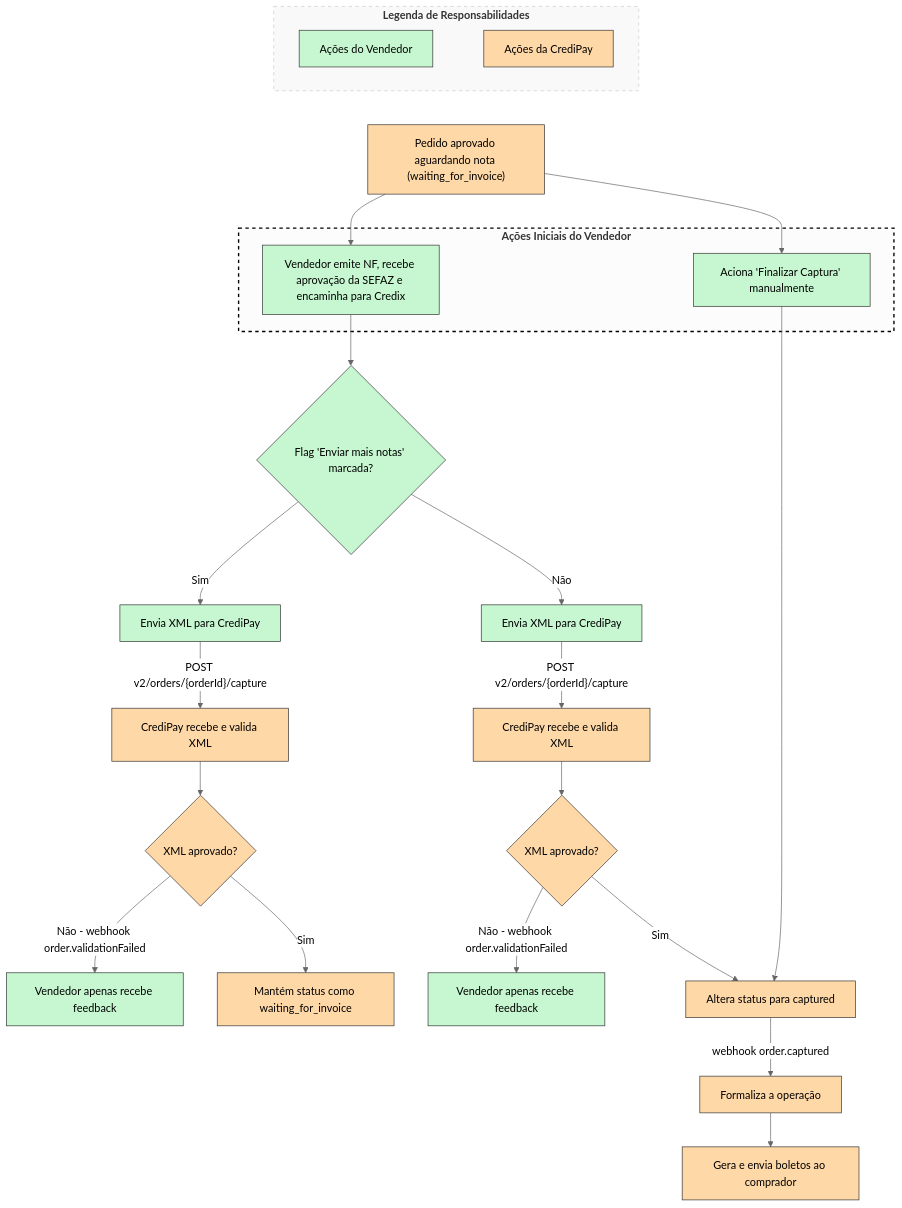
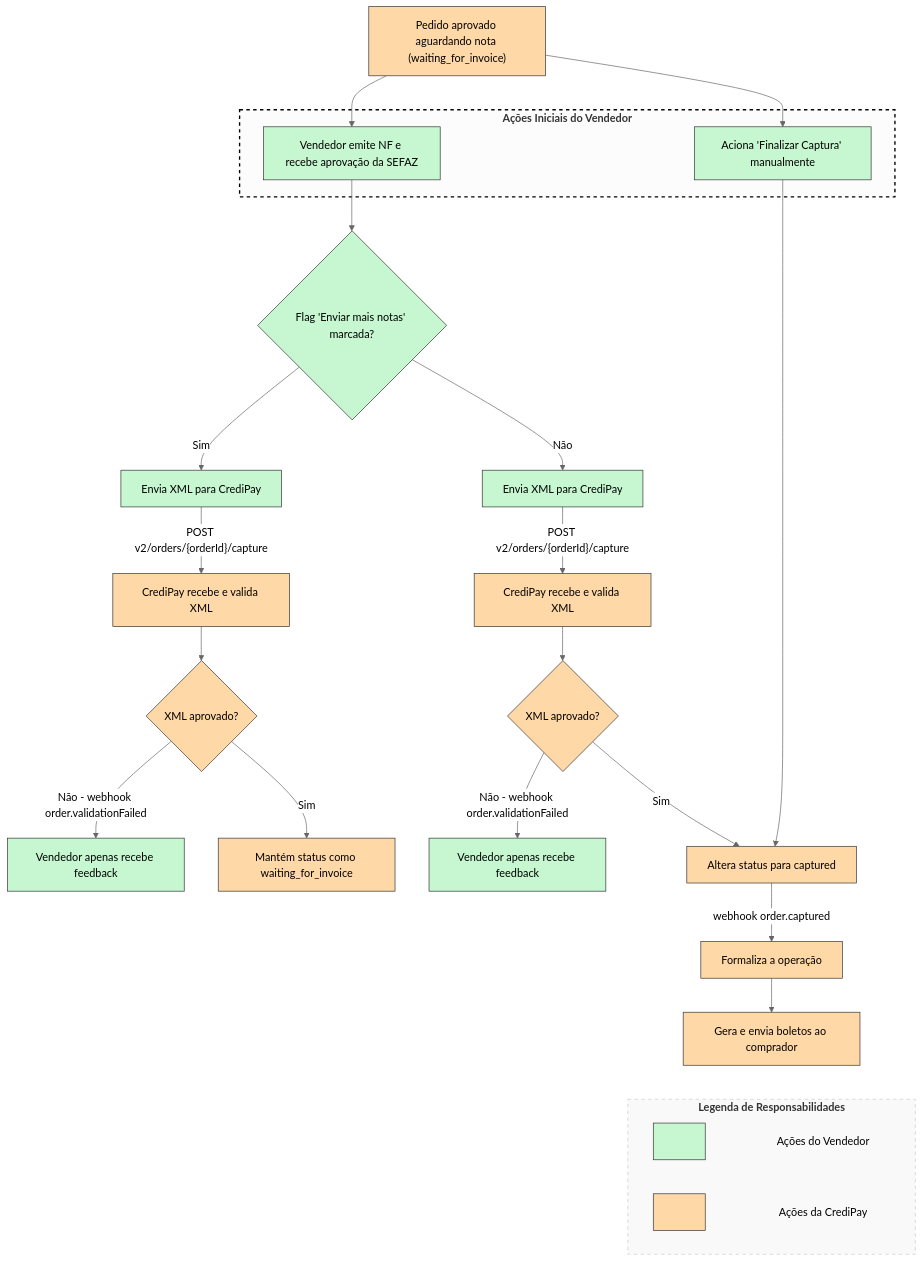
Before and after one commit to credix-finance/credipay-rdme-docs: the diagram in docs/INTEGRAÇÃO COMPLETA/módulos-de-integração-1/adicional-múltiplas-notas-fiscais-por-pedido.md, drawn with Mermaid (neutral theme).

Commit message:
Update doc `adicional-múltiplas-notas-fiscais-por-pedido`

````diff
--- a/docs/INTEGRAÇÃO COMPLETA/módulos-de-integração-1/adicional-múltiplas-notas-fiscais-por-pedido.md
+++ b/docs/INTEGRAÇÃO COMPLETA/módulos-de-integração-1/adicional-múltiplas-notas-fiscais-por-pedido.md
@@ -10,77 +10,73 @@
 ```mermaid
 flowchart TD
-   
     %% Início do Fluxo
     n1["Pedido aprovado aguardando nota (waiting_for_invoice)"]
 
     subgraph s1["<b>Ações Iniciais do Vendedor</b>"]
-        n2["Vendedor emite NF, recebe aprovação da SEFAZ e encaminha para Credix"]
+        n2["Vendedor emite NF e recebe aprovação da SEFAZ"]
         n10["Aciona 'Finalizar Captura' manualmente"]
     end
 
     n1 --> n2
     n1 --> n10
 
     %% Validação da Flag
     n2 --> n7{"Flag 'Enviar mais notas' marcada?"}
 
     %% Caminho SIM: Mantém em waiting_for_invoice
     n7 -- "Sim" --> n3a["Envia XML para CrediPay"]
     n3a -- POST v2/orders/{orderId}/capture --> n4a["CrediPay recebe e valida XML"]
     n4a --> n5a{"XML aprovado?"}
     n5a -- "Não - webhook order.validationFailed" --> n6a["Vendedor apenas recebe feedback"]
     n5a -- "Sim" --> n8["Mantém status como waiting_for_invoice"]
     
     %% Caminho NÃO: Segue para finalização
     n7 -- "Não" --> n3b["Envia XML para CrediPay"]
     n3b -- POST v2/orders/{orderId}/capture --> n4b["CrediPay recebe e valida XML"]
     n4b --> n5b{"XML aprovado?"}
     n5b -- "Não - webhook order.validationFailed" --> n6b["Vendedor apenas recebe feedback"]
     n5b -- "Sim" --> n11["Altera status para captured"]
 
-    %% Caminho do Botão Manual (vai direto pro final pelo canto)
+    %% Caminho do Botão Manual 
     n10 --> n11
 
     %% Conclusão do Pedido
     n11 -- "webhook order.captured" --> n12["Formaliza a operação"]
     n12 --> n13["Gera e envia boletos ao comprador"]
+
+    %% Bloco de Legenda (Agora no final)
+    subgraph Legenda ["<b>Legenda de Responsabilidades</b>"]
+        direction LR
+        boxVendedor["&nbsp;&nbsp;&nbsp;&nbsp;"]:::vendedor ~~~ textVendedor["Ações do Vendedor"]:::textoLegenda
+        boxCredipay["&nbsp;&nbsp;&nbsp;&nbsp;"]:::credipay ~~~ textCredipay["Ações da CrediPay"]:::textoLegenda
+    end
+
+    %% Força a legenda a ficar na parte inferior do fluxo sem exibir uma linha
+    n13 ~~~ boxVendedor
 
     %% Estilização e Cores
     n1:::credipay
     n2:::vendedor
     n10:::vendedor
     n7:::vendedor
     n3a:::vendedor
     n4a:::credipay
     n5a:::credipay
     n8:::credipay
     n3b:::vendedor
     n4b:::credipay
     n5b:::credipay
     n6a:::vendedor
     n6b:::vendedor
     n11:::credipay
     n12:::credipay
     n13:::credipay
-    
-    %% Aplicando as cores da legenda
-    L1:::vendedor
-    L2:::credipay
 
+    %% Definições de Classes Visuais
     classDef vendedor fill:#C6F7D0,stroke:#333,stroke-width:1px,color:#000;
-    classDef comprador fill:#C6F7D0,stroke:#333,stroke-width:1px,color:#000;
     classDef credipay fill:#FFD8A8,stroke:#333,stroke-width:1px,color:#000;
+    classDef textoLegenda fill:none,stroke:none,color:#000;
     
     style Legenda fill:#f9f9f9,stroke:#ccc,stroke-width:1px,stroke-dasharray: 5 5
     style s1 stroke:#000000,stroke-width:2px,stroke-dasharray: 5 5
-    
- %% Bloco de Legenda
-    subgraph Legenda ["<b>Legenda de Responsabilidades</b>"]
-        direction LR
-        L1["Ações do Vendedor"]:::vendedor ~~~ L2["Ações da CrediPay"]:::credipay
-    end
-
-    %% Invisível para forçar a legenda a ficar no topo sem cruzar linhas
-    Legenda ~~~ n1
-
 ```
````
